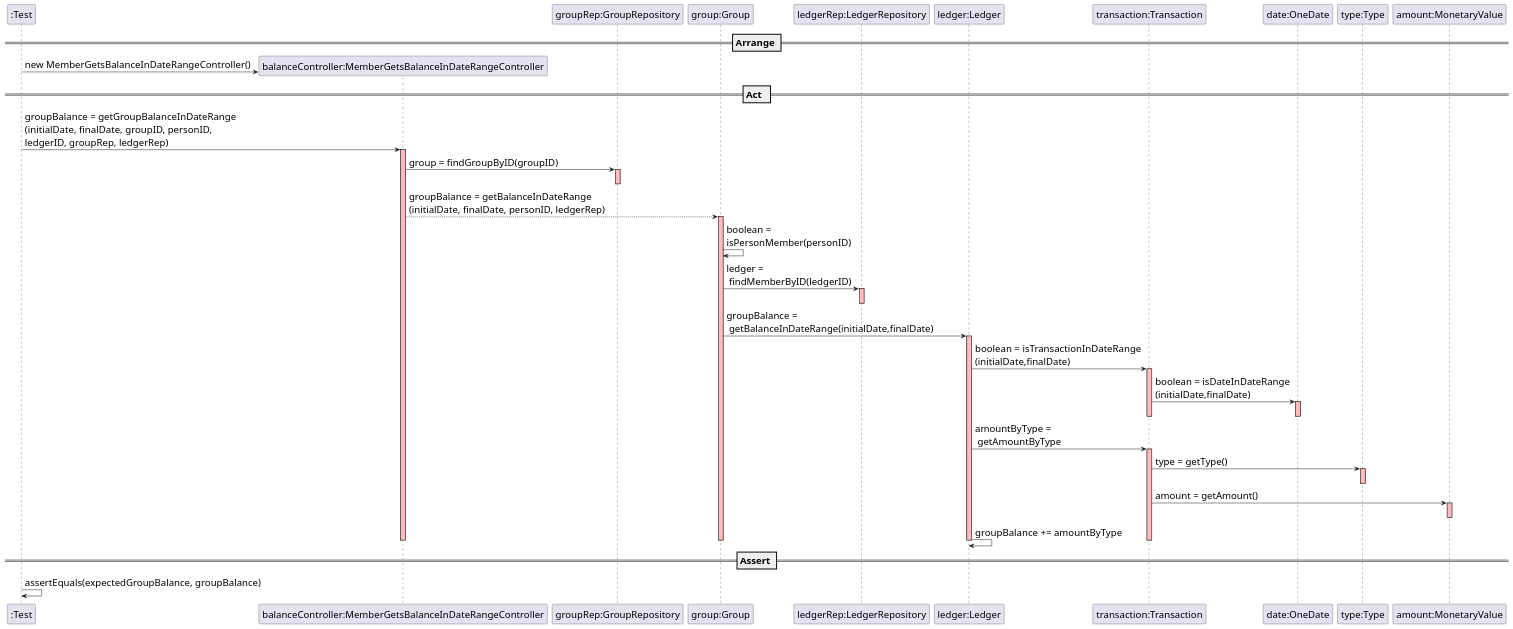
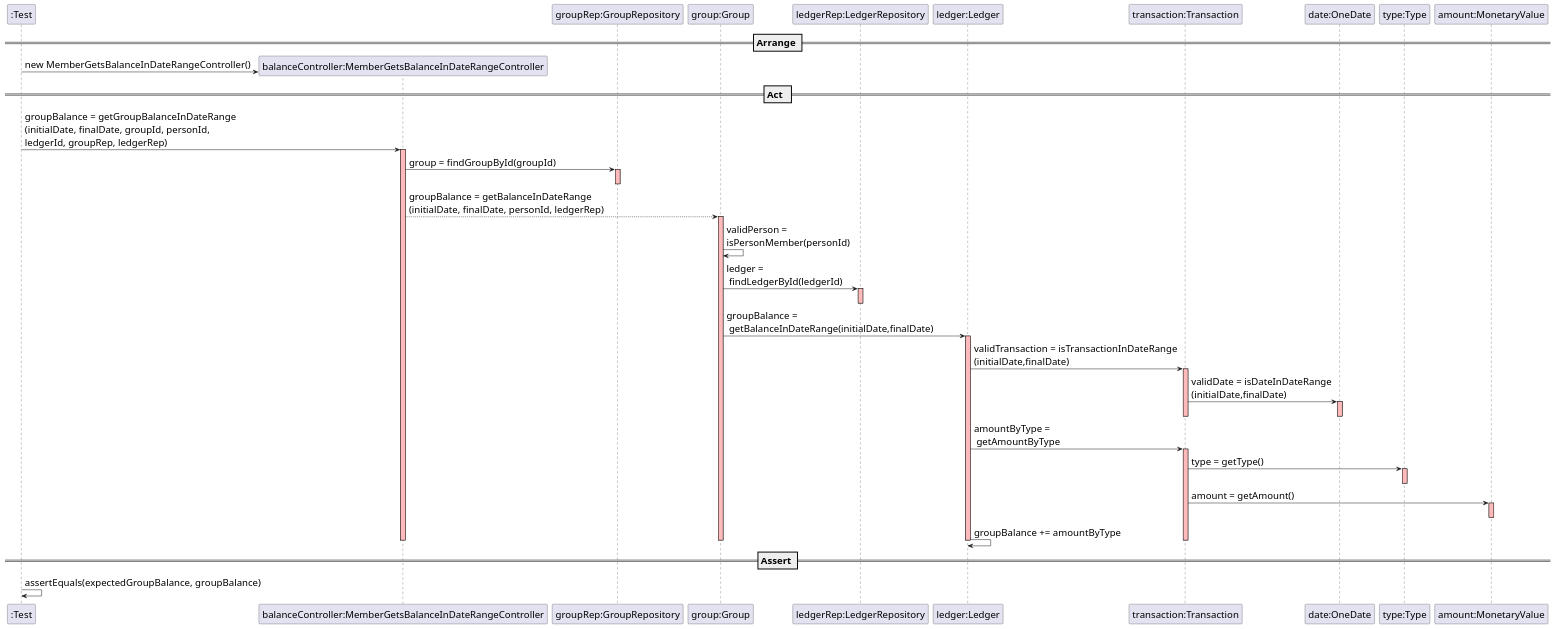
The diagram in src/main/java/switch2019/project/controllers/MemberGetsBalanceInDateRangeDDD.puml (mleitaoribeiro/DevOpsMaven), drawn with PlantUML before and after one commit. The commit also changed 2 other files, not shown here.

```diff
--- a/src/main/java/switch2019/project/controllers/MemberGetsBalanceInDateRangeDDD.puml
+++ b/src/main/java/switch2019/project/controllers/MemberGetsBalanceInDateRangeDDD.puml
@@ -1,69 +1,69 @@
 @startuml
 
 skinparam DefaultFontSize 20
 
 create ":Test"
 
 == Arrange ==
 
 create "balanceController:MemberGetsBalanceInDateRangeController"
 ":Test" -> "balanceController:MemberGetsBalanceInDateRangeController" : new MemberGetsBalanceInDateRangeController()
 
 participant "groupRep:GroupRepository"
 participant "group:Group"
 participant "ledgerRep:LedgerRepository"
 participant "ledger:Ledger"
 participant "transaction:Transaction"
 
 == Act  ==
 
-":Test" -> "balanceController:MemberGetsBalanceInDateRangeController" : groupBalance = getGroupBalanceInDateRange\n(initialDate, finalDate, groupID, personID, \nledgerID, groupRep, ledgerRep)
+":Test" -> "balanceController:MemberGetsBalanceInDateRangeController" : groupBalance = getGroupBalanceInDateRange\n(initialDate, finalDate, groupId, personId, \nledgerId, groupRep, ledgerRep)
 activate "balanceController:MemberGetsBalanceInDateRangeController" #FFBBBB
 
-"balanceController:MemberGetsBalanceInDateRangeController" -> "groupRep:GroupRepository": group = findGroupByID(groupID)
+"balanceController:MemberGetsBalanceInDateRangeController" -> "groupRep:GroupRepository": group = findGroupById(groupId)
 activate "groupRep:GroupRepository" #FFBBBB
 deactivate "groupRep:GroupRepository"
 
-"balanceController:MemberGetsBalanceInDateRangeController" --> "group:Group": groupBalance = getBalanceInDateRange\n(initialDate, finalDate, personID, ledgerRep)
+"balanceController:MemberGetsBalanceInDateRangeController" --> "group:Group": groupBalance = getBalanceInDateRange\n(initialDate, finalDate, personId, ledgerRep)
 activate "group:Group" #FFBBBB
 
-"group:Group" -> "group:Group": boolean =\nisPersonMember(personID)
-"group:Group" -> "ledgerRep:LedgerRepository": ledger =\n findMemberByID(ledgerID)
+"group:Group" -> "group:Group": validPerson =\nisPersonMember(personId)
+"group:Group" -> "ledgerRep:LedgerRepository": ledger =\n findLedgerById(ledgerId)
 activate "ledgerRep:LedgerRepository" #FFBBBB
 deactivate "ledgerRep:LedgerRepository"
 
 "group:Group" -> "ledger:Ledger": groupBalance =\n getBalanceInDateRange(initialDate,finalDate)
 activate "ledger:Ledger" #FFBBBB
 
-"ledger:Ledger" -> "transaction:Transaction": boolean = isTransactionInDateRange\n(initialDate,finalDate)
+"ledger:Ledger" -> "transaction:Transaction": validTransaction = isTransactionInDateRange\n(initialDate,finalDate)
 activate "transaction:Transaction" #FFBBBB
-"transaction:Transaction" -> "date:OneDate": boolean = isDateInDateRange\n(initialDate,finalDate)
+"transaction:Transaction" -> "date:OneDate": validDate = isDateInDateRange\n(initialDate,finalDate)
 activate "date:OneDate" #FFBBBB
 deactivate "date:OneDate"
 deactivate "transaction:Transaction"
 
 "ledger:Ledger" -> "transaction:Transaction": amountByType =\n getAmountByType
 activate "transaction:Transaction" #FFBBBB
 
 "transaction:Transaction" -> "type:Type": type = getType()
 activate "type:Type" #FFBBBB
 deactivate "type:Type"
 
 "transaction:Transaction" -> "amount:MonetaryValue": amount = getAmount()
 activate "amount:MonetaryValue" #FFBBBB
 deactivate "amount:MonetaryValue"
 
 "ledger:Ledger" -> "ledger:Ledger": groupBalance += amountByType
 
 deactivate "transaction:Transaction"
 deactivate "ledgerRep:LedgerRepository"
 deactivate "groupRep:GroupRepository"
 deactivate "ledger:Ledger"
 deactivate "group:Group"
 deactivate "balanceController:MemberGetsBalanceInDateRangeController"
 
 == Assert ==
 
 ":Test" -> ":Test" : assertEquals(expectedGroupBalance, groupBalance)
 
 @enduml
```
